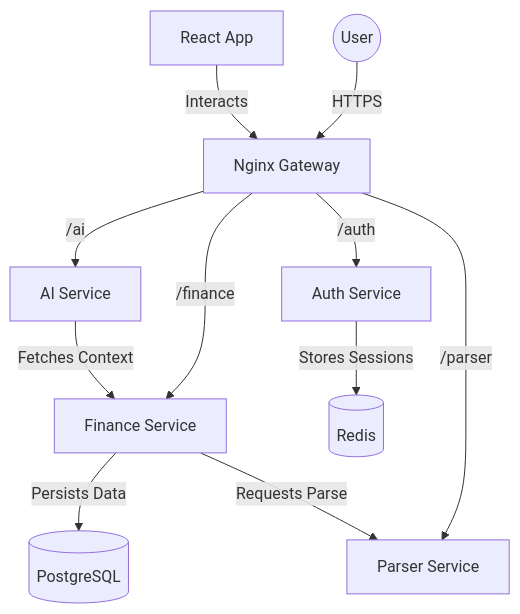
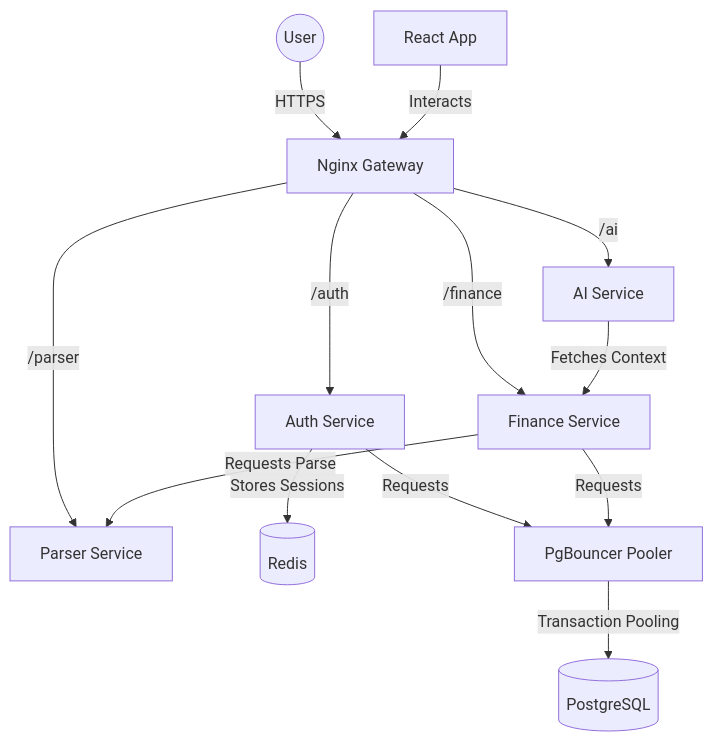
One commit to Roonie76/Spendsy changed the diagram in ARCHITECTURE.md. Above: the diagram before and after it, drawn with Mermaid. The commit also changed other lines of this file and 26 other files, not shown here.

First line of the commit message:
feat: implement production-grade architectural improvements

````diff
--- a/ARCHITECTURE.md
+++ b/ARCHITECTURE.md
@@ -9,15 +9,18 @@
 ```mermaid
 graph TD
     User((User)) -->|HTTPS| Nginx[Nginx Gateway]
     Nginx -->|/auth| Auth[Auth Service]
     Nginx -->|/finance| Finance[Finance Service]
     Nginx -->|/parser| Parser[Parser Service]
     Nginx -->|/ai| AI[AI Service]
     
     Auth -->|Stores Sessions| Redis[(Redis)]
-    Finance -->|Persists Data| DB[(PostgreSQL)]
     Finance -->|Requests Parse| Parser
     AI -->|Fetches Context| Finance
     
+    Auth -->|Requests| PgBouncer[PgBouncer Pooler]
+    Finance -->|Requests| PgBouncer
+    PgBouncer -->|Transaction Pooling| DB[(PostgreSQL)]
+    
     Frontend[React App] -->|Interacts| Nginx
 ```
````
